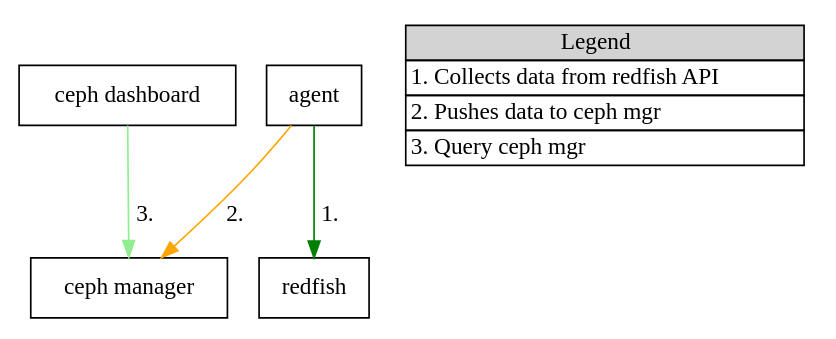
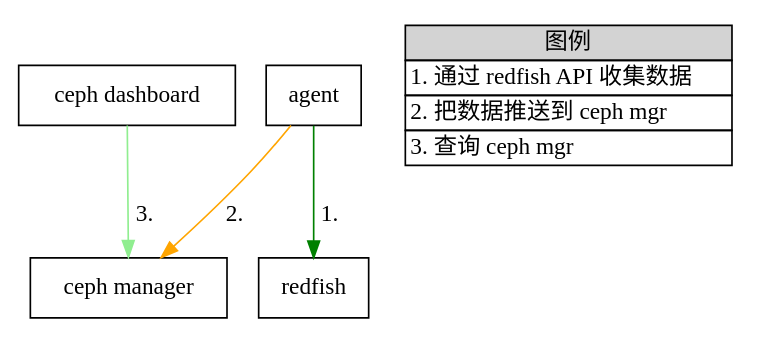
The diagram in hardware-monitoring/index.rst (drunkard/ceph-Chinese-doc), drawn with Graphviz before and after one commit. The commit also changed other lines of this file, not shown here.

```diff
--- a/hardware-monitoring/index.rst
+++ b/hardware-monitoring/index.rst
@@ -9,20 +11,20 @@
 .. graphviz::
 
      digraph G {
          node [shape=record];
          mgr [label="{<mgr> ceph manager}"];
          dashboard [label="<dashboard> ceph dashboard"];
          agent [label="<agent> agent"];
          redfish [label="<redfish> redfish"];
      
          agent -> redfish [label=" 1." color=green];
          agent -> mgr [label=" 2." color=orange];
          dashboard:dashboard -> mgr [label=" 3."color=lightgreen];
          node [shape=plaintext];
          legend [label=<<table border="0" cellborder="1" cellspacing="0">
-             <tr><td bgcolor="lightgrey">Legend</td></tr>
-             <tr><td align="center">1. Collects data from redfish API</td></tr>
-             <tr><td align="left">2. Pushes data to ceph mgr</td></tr>
-             <tr><td align="left">3. Query ceph mgr</td></tr>
+             <tr><td bgcolor="lightgrey">图例</td></tr>
+             <tr><td align="center">1. 通过 redfish API 收集数据</td></tr>
+             <tr><td align="left">2. 把数据推送到 ceph mgr</td></tr>
+             <tr><td align="left">3. 查询 ceph mgr</td></tr>
          </table>>];
      }
```
